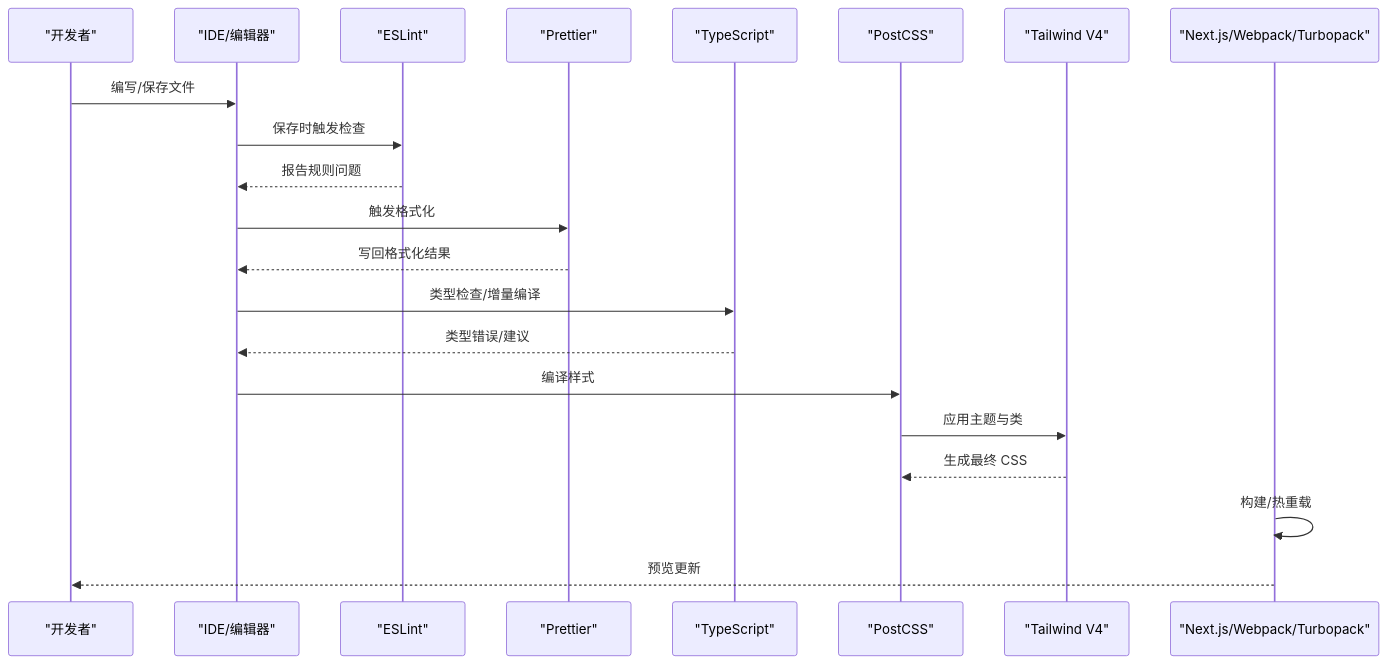
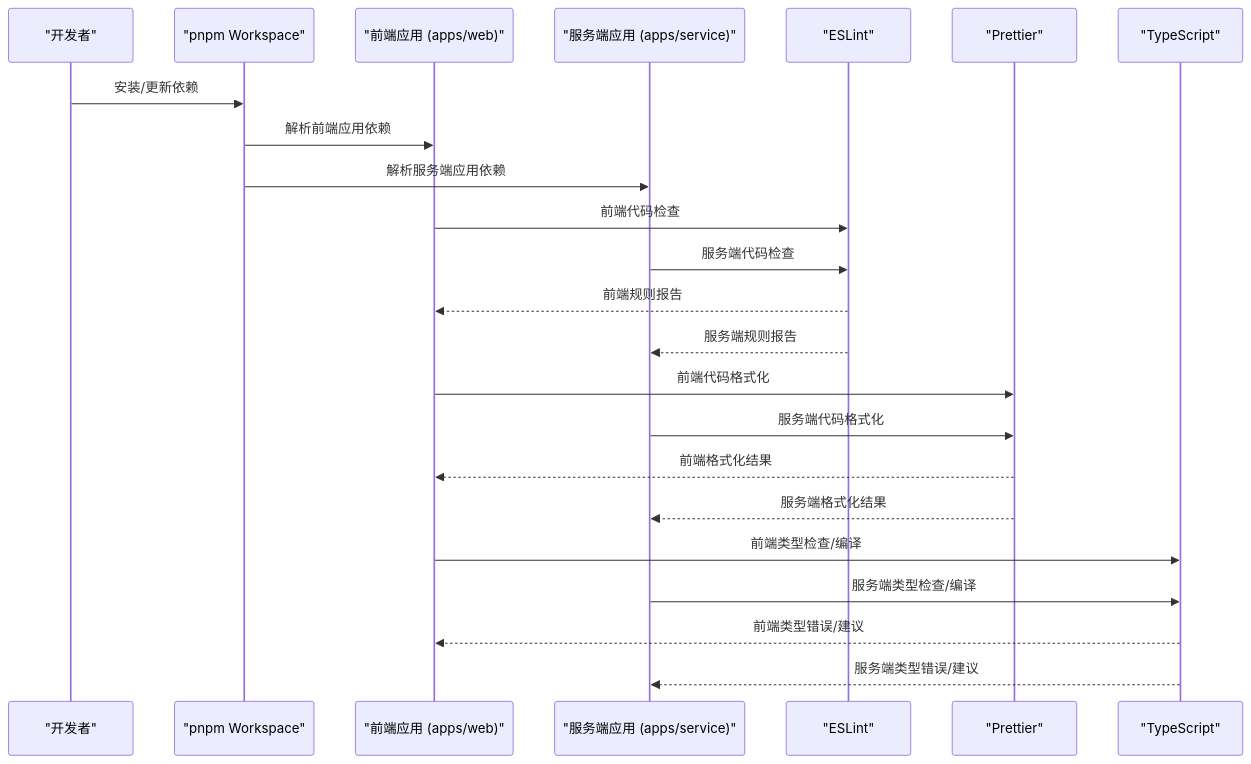
Before and after one commit to HAOFUYANG/nextjs-admin: the second of 5 diagrams in .qoder/repowiki/zh/content/开发工具配置.md, drawn with Mermaid. The commit also changed other lines of this file and 6 other files, not shown here.

````diff
--- a/.qoder/repowiki/zh/content/开发工具配置.md
+++ b/.qoder/repowiki/zh/content/开发工具配置.md
@@ -119,23 +139,25 @@
 ```mermaid
 sequenceDiagram
 participant Dev as "开发者"
-participant Editor as "IDE/编辑器"
+participant Workspace as "pnpm Workspace"
+participant WebApp as "前端应用 (apps/web)"
+participant ServiceApp as "服务端应用 (apps/service)"
 participant ESLint as "ESLint"
 participant Prettier as "Prettier"
 participant TS as "TypeScript"
-participant PostCSS as "PostCSS"
-participant Tailwind as "Tailwind V4"
-participant Next as "Next.js/Webpack/Turbopack"
-Dev->>Editor : 编写/保存文件
-Editor->>ESLint : 保存时触发检查
-ESLint-->>Editor : 报告规则问题
-Editor->>Prettier : 触发格式化
-Prettier-->>Editor : 写回格式化结果
-Editor->>TS : 类型检查/增量编译
-TS-->>Editor : 类型错误/建议
-Editor->>PostCSS : 编译样式
-PostCSS->>Tailwind : 应用主题与类
-Tailwind-->>PostCSS : 生成最终 CSS
-Next->>Next : 构建/热重载
-Next-->>Dev : 预览更新
+Dev->>Workspace : 安装/更新依赖
+Workspace->>WebApp : 解析前端应用依赖
+Workspace->>ServiceApp : 解析服务端应用依赖
+WebApp->>ESLint : 前端代码检查
+ServiceApp->>ESLint : 服务端代码检查
+ESLint-->>WebApp : 前端规则报告
+ESLint-->>ServiceApp : 服务端规则报告
+WebApp->>Prettier : 前端代码格式化
+ServiceApp->>Prettier : 服务端代码格式化
+Prettier-->>WebApp : 前端格式化结果
+Prettier-->>ServiceApp : 服务端格式化结果
+WebApp->>TS : 前端类型检查/编译
+ServiceApp->>TS : 服务端类型检查/编译
+TS-->>WebApp : 前端类型错误/建议
+TS-->>ServiceApp : 服务端类型错误/建议
 ```
````
